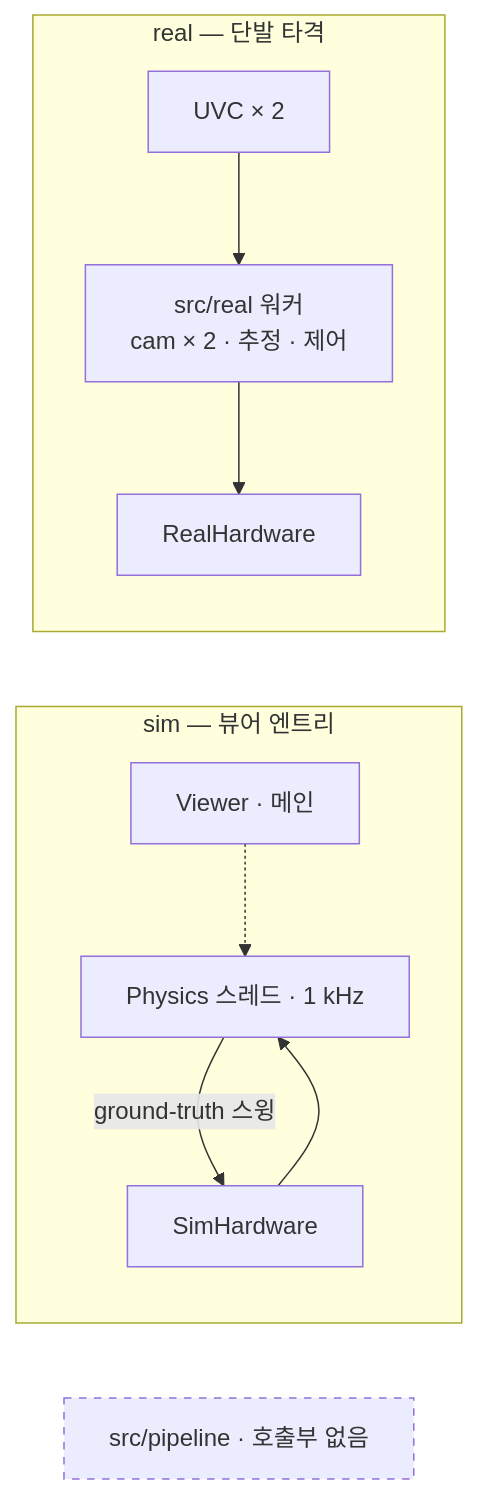
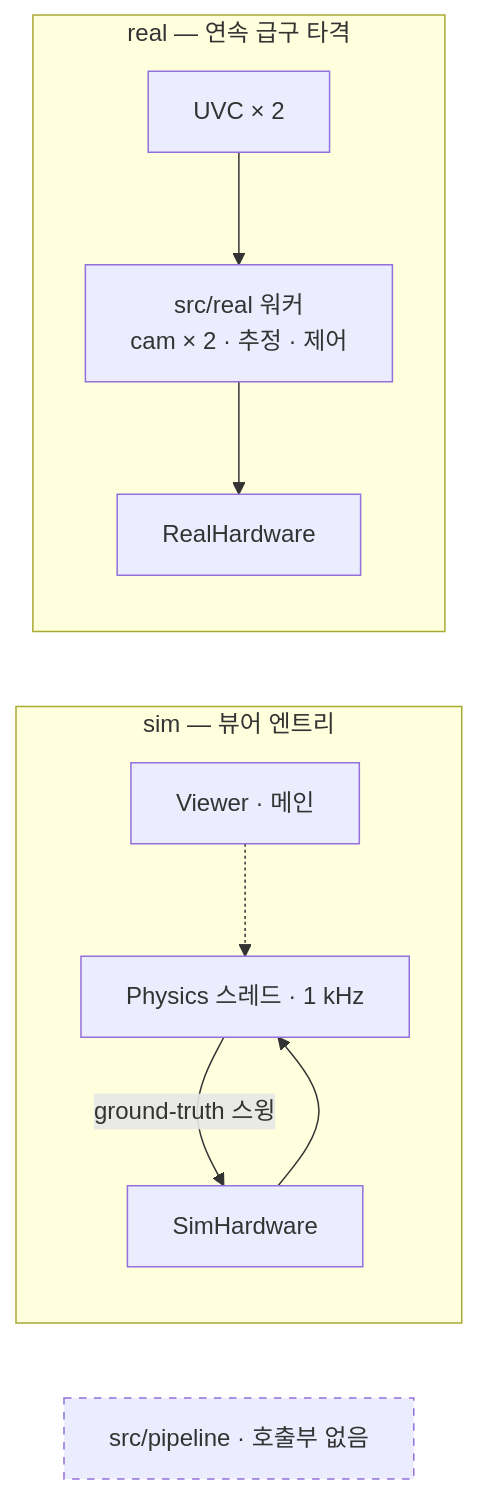
The third of 4 diagrams in README.md (luv-all/pingpong-bot), drawn with Mermaid before and after one commit. The commit also changed other lines of this file and 26 other files, not shown here.

````diff
--- a/README.md
+++ b/README.md
@@ -240,21 +385,21 @@
 ```mermaid
 flowchart LR
   subgraph simSide ["sim — 뷰어 엔트리"]
     viewer["Viewer · 메인"]
     physics["Physics 스레드 · 1 kHz"]
     simHw["SimHardware"]
     viewer -.-> physics
     physics -->|"ground-truth 스윙"| simHw
     simHw --> physics
   end
 
-  subgraph realSide ["real — 단발 타격"]
+  subgraph realSide ["real — 연속 급구 타격"]
     realCamera["UVC × 2"]
     realWorkers["src/real 워커<br/>cam × 2 · 추정 · 제어"]
     realHw["RealHardware"]
     realCamera --> realWorkers --> realHw
   end
 
   dead["src/pipeline · 호출부 없음"]
   style dead stroke-dasharray: 5 5
 ```
````
